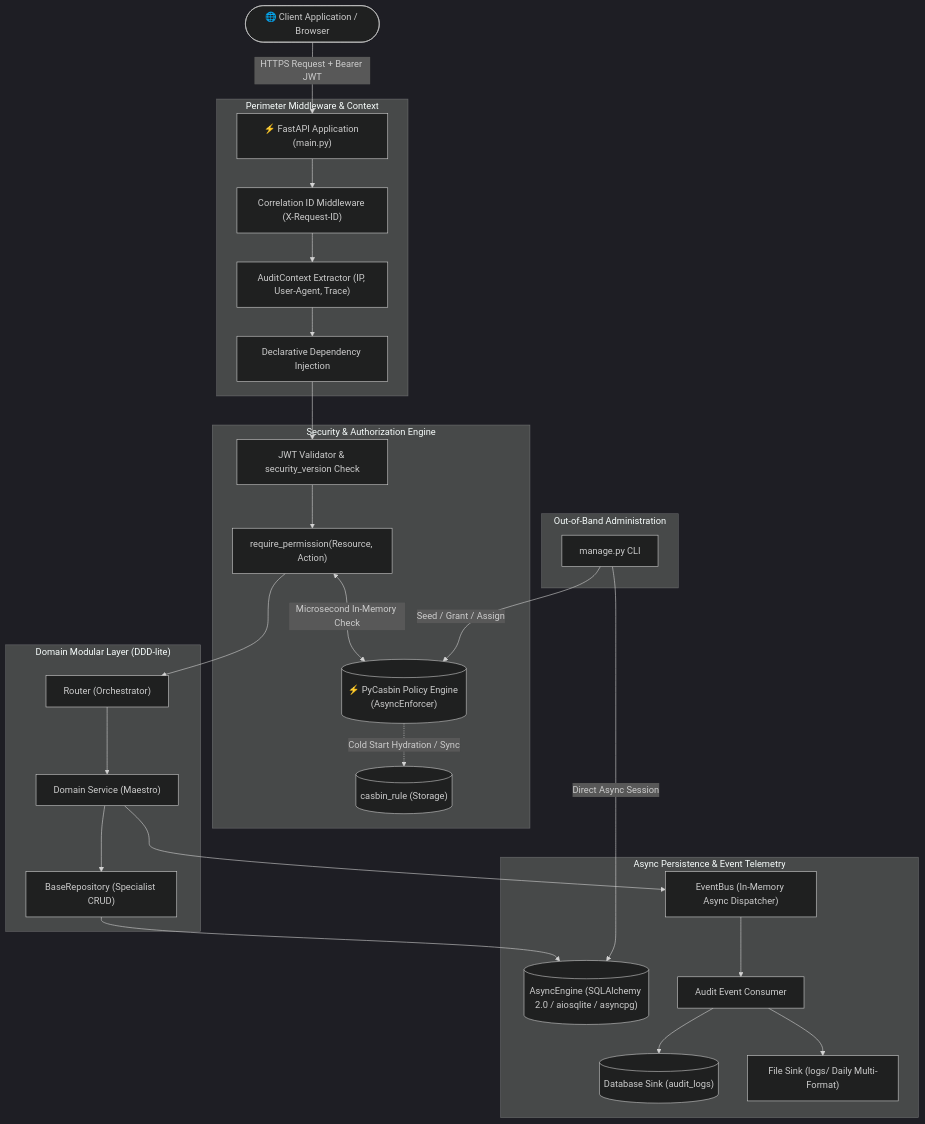
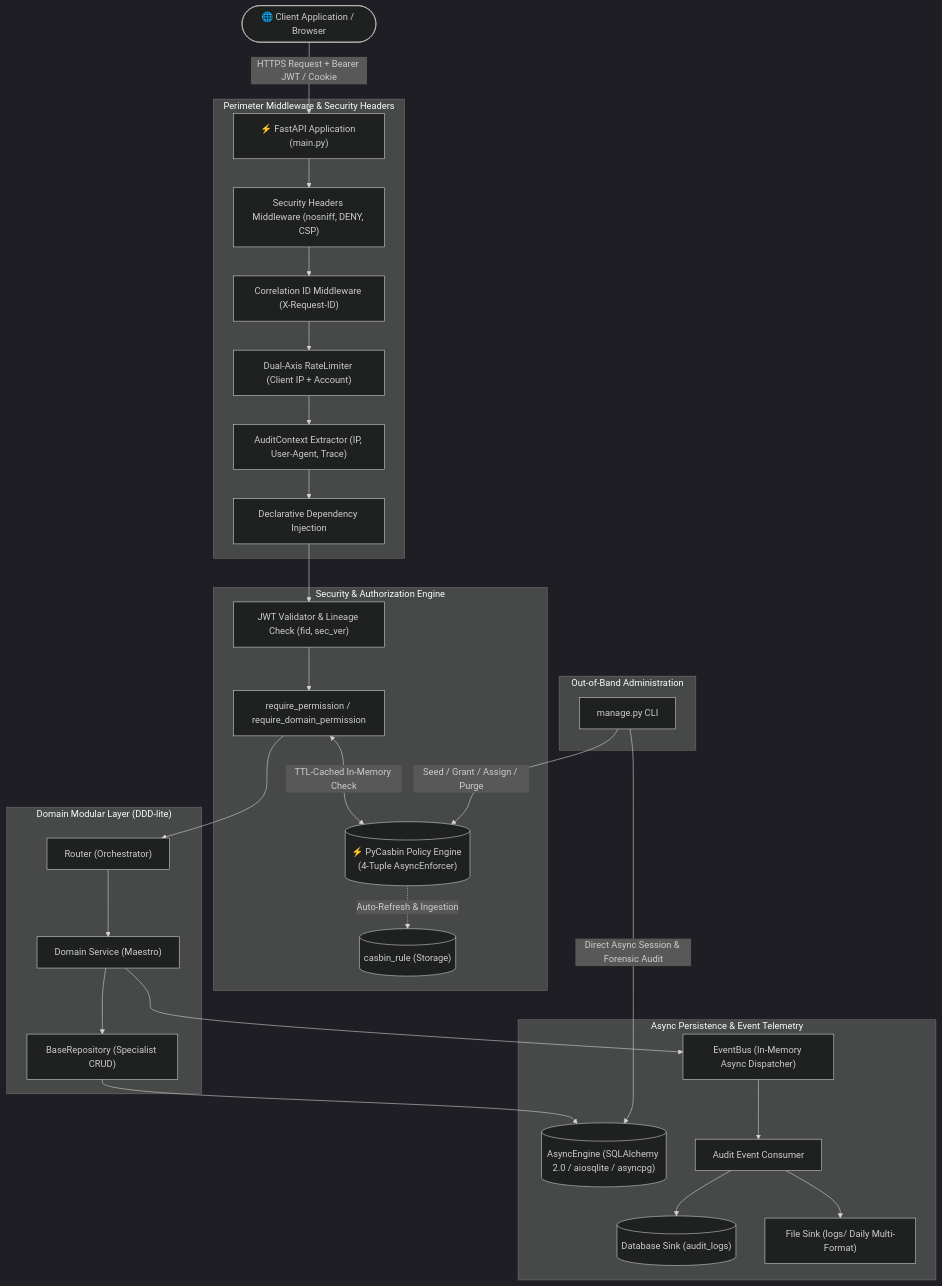
The diagram in README.md (Ba-se-l/fastapi-base-foundation), drawn with Mermaid (dark theme) before and after one commit. The commit also changed other lines of this file and 60 other files, not shown here.

First line of the commit message:
refactor(tests): restructure test suite into mirrored modular architecture and sync docs

````diff
--- a/README.md
+++ b/README.md
@@ -37,36 +37,38 @@
 ```mermaid
 flowchart TD
-    Client(["🌐 Client Application / Browser"]) -->|HTTPS Request + Bearer JWT| Main["⚡ FastAPI Application (main.py)"]
+    Client(["🌐 Client Application / Browser"]) -->|HTTPS Request + Bearer JWT / Cookie| Main["⚡ FastAPI Application (main.py)"]
     
-    subgraph Perimeter ["Perimeter Middleware & Context"]
-        Main --> ReqId["Correlation ID Middleware (X-Request-ID)"]
-        ReqId --> AuditCtx["AuditContext Extractor (IP, User-Agent, Trace)"]
+    subgraph Perimeter ["Perimeter Middleware & Security Headers"]
+        Main --> SecHeaders["Security Headers Middleware (nosniff, DENY, CSP)"]
+        SecHeaders --> ReqId["Correlation ID Middleware (X-Request-ID)"]
+        ReqId --> RateLimiter["Dual-Axis RateLimiter (Client IP + Account)"]
+        RateLimiter --> AuditCtx["AuditContext Extractor (IP, User-Agent, Trace)"]
         AuditCtx --> DepFactory["Declarative Dependency Injection"]
     end
     
     subgraph Security ["Security & Authorization Engine"]
-        DepFactory --> JWTGuard["JWT Validator & security_version Check"]
-        JWTGuard --> CasbinGuard["require_permission(Resource, Action)"]
-        CasbinGuard <-->|Microsecond In-Memory Check| CasbinCache[("⚡ PyCasbin Policy Engine (AsyncEnforcer)")]
-        CasbinCache -.->|Cold Start Hydration / Sync| DB_Rules[("casbin_rule (Storage)")]
+        DepFactory --> JWTGuard["JWT Validator & Lineage Check (fid, sec_ver)"]
+        JWTGuard --> CasbinGuard["require_permission / require_domain_permission"]
+        CasbinGuard <-->|TTL-Cached In-Memory Check| CasbinCache[("⚡ PyCasbin Policy Engine (4-Tuple AsyncEnforcer)")]
+        CasbinCache -.->|Auto-Refresh & Ingestion| DB_Rules[("casbin_rule (Storage)")]
     end
     
     subgraph Domain ["Domain Modular Layer (DDD-lite)"]
         CasbinGuard --> Router["Router (Orchestrator)"]
         Router --> Service["Domain Service (Maestro)"]
         Service --> BaseRepo["BaseRepository (Specialist CRUD)"]
     end
 
     subgraph Infrastructure ["Async Persistence & Event Telemetry"]
         BaseRepo --> AsyncEngine[("AsyncEngine (SQLAlchemy 2.0 / aiosqlite / asyncpg)")]
         Service --> EventBus["EventBus (In-Memory Async Dispatcher)"]
         EventBus --> AuditHandler["Audit Event Consumer"]
         AuditHandler --> SinkDB[("Database Sink (audit_logs)")]
         AuditHandler --> SinkFile["File Sink (logs/ Daily Multi-Format)"]
     end
 
     subgraph OOB ["Out-of-Band Administration"]
-        CLI["manage.py CLI"] -->|Direct Async Session| AsyncEngine
-        CLI -->|Seed / Grant / Assign| CasbinCache
+        CLI["manage.py CLI"] -->|Direct Async Session & Forensic Audit| AsyncEngine
+        CLI -->|Seed / Grant / Assign / Purge| CasbinCache
     end
 ```
````
